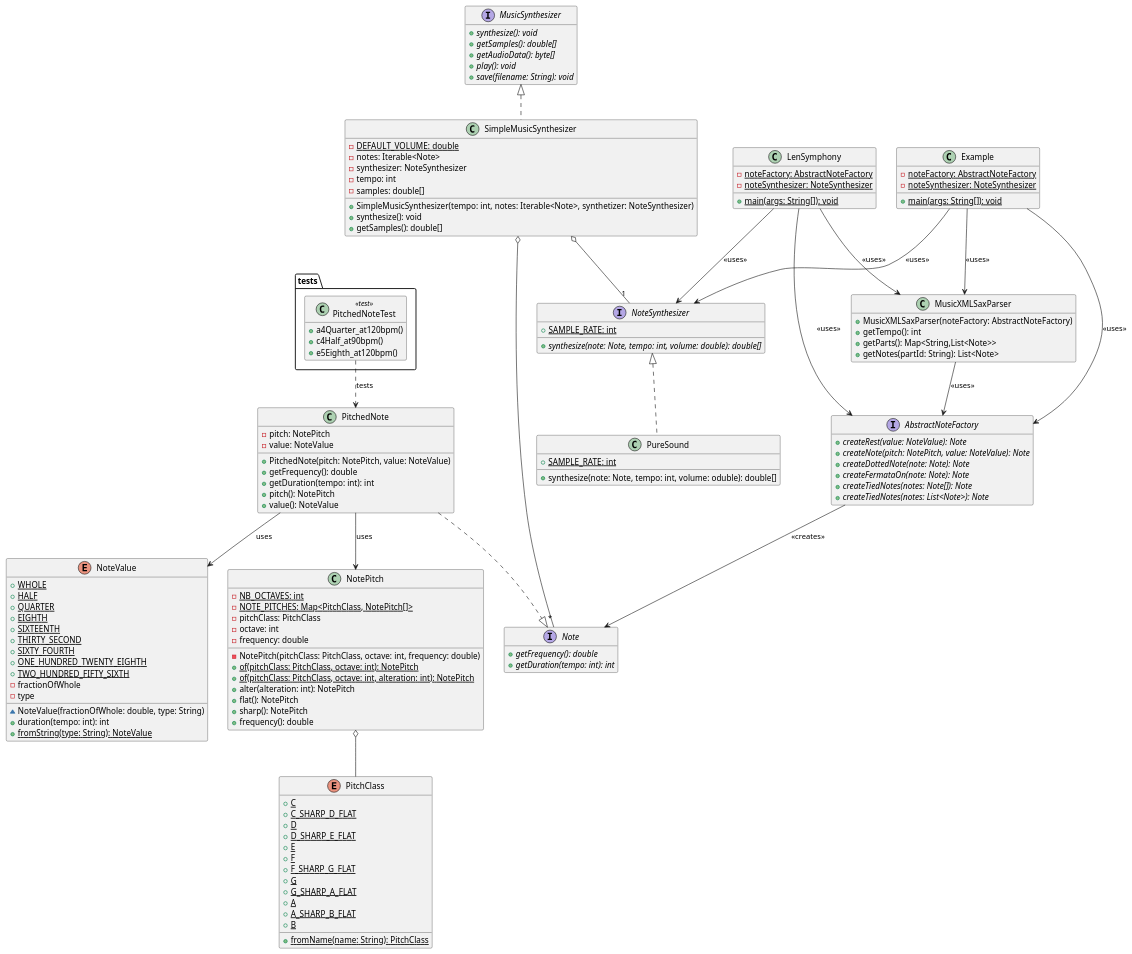
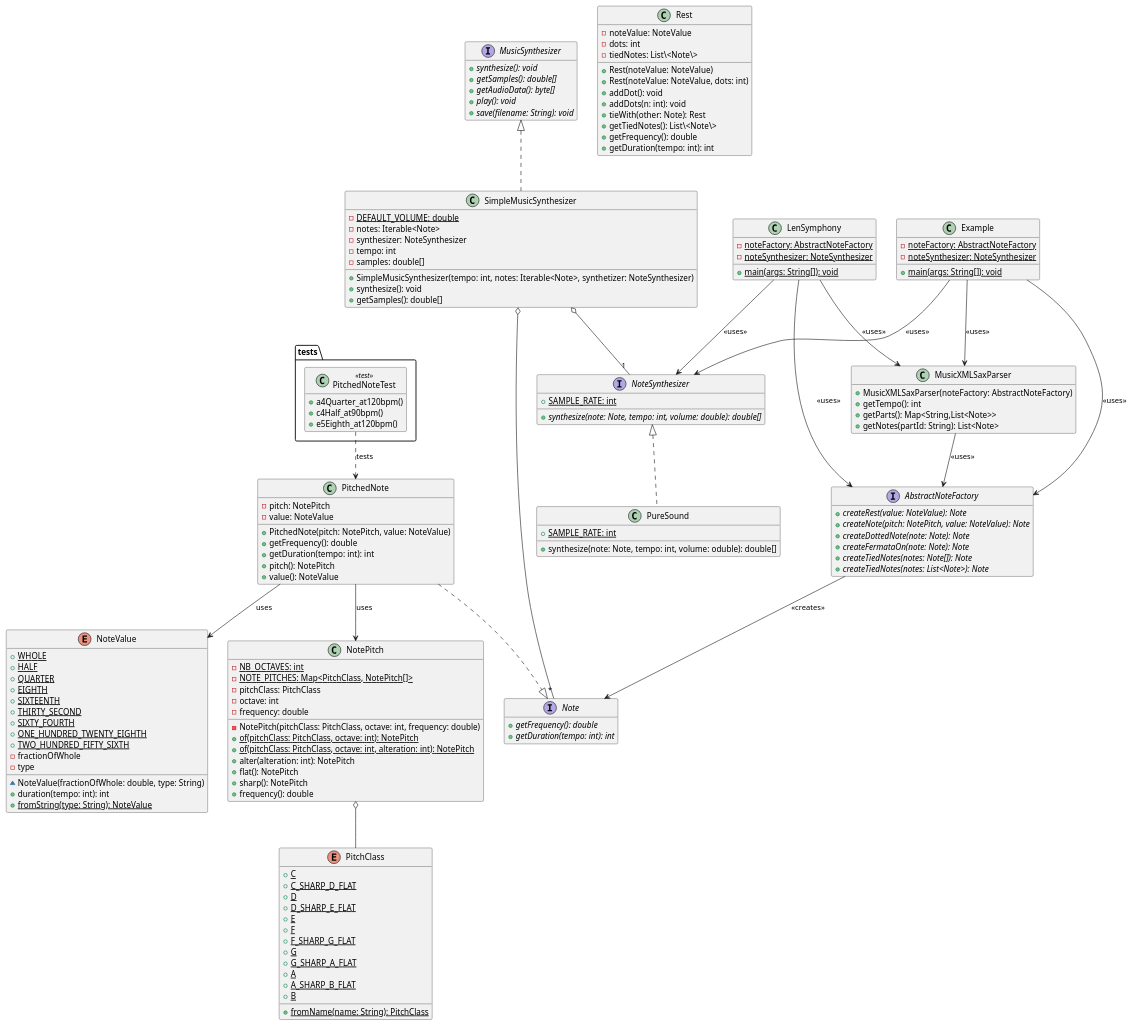
The diagram in README.md (Zrid02/LenSymphony), drawn with PlantUML before and after one commit. The commit also changed 2 other files, not shown here.

Commit message:
Ajout de javadoc et modif diagramme de classe dans le README

```diff
--- a/README.md
+++ b/README.md
@@ -86,7 +86,19 @@
   PitchedNote --> NotePitch : uses
   PitchedNote --> NoteValue : uses
 
-
+class Rest {
+    - noteValue: NoteValue
+    - dots: int
+    - tiedNotes: List\<Note\>
+    + Rest(noteValue: NoteValue)
+    + Rest(noteValue: NoteValue, dots: int)
+    + addDot(): void
+    + addDots(n: int): void
+    + tieWith(other: Note): Rest
+    + getTiedNotes(): List\<Note\>
+    + getFrequency(): double
+    + getDuration(tempo: int): int
+}
 package "tests" {
   class PitchedNoteTest <<test>> {
     + a4Quarter_at120bpm()
```
